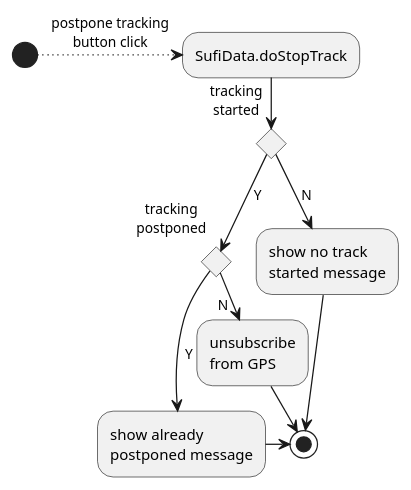
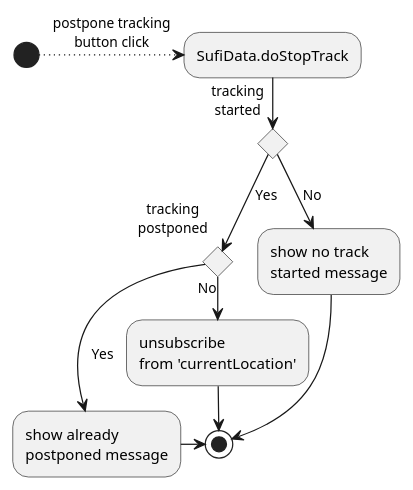
One commit to MARTIMM/Sufitrail changed diagram 14 of 17 in Doc/Designer notes.md. Above: the diagram before and after it, drawn with PlantUML. The commit also changed other lines of this file, not shown here.

````diff
--- a/Doc/Designer notes.md
+++ b/Doc/Designer notes.md
@@ -199,15 +244,15 @@
 ```plantuml
 (*) .>[postpone tracking\nbutton click] "SufiData.doStopTrack"
 if tracking\nstarted then
-  [Y] if tracking\npostponed then
-    -->[Y] "show already\npostponed message"
+  [Yes] if tracking\npostponed then
+    -->[Yes] "show already\npostponed message"
     -> (*)
   else
-    ->[N] "unsubscribe\nfrom GPS"
+    ->[No] "unsubscribe\nfrom 'currentLocation'"
   endif
   -> (*)
 else
-  -->[N] "show no track\nstarted message"
+  -->[No] "show no track\nstarted message"
   --> (*)
 endif
 ```
````
